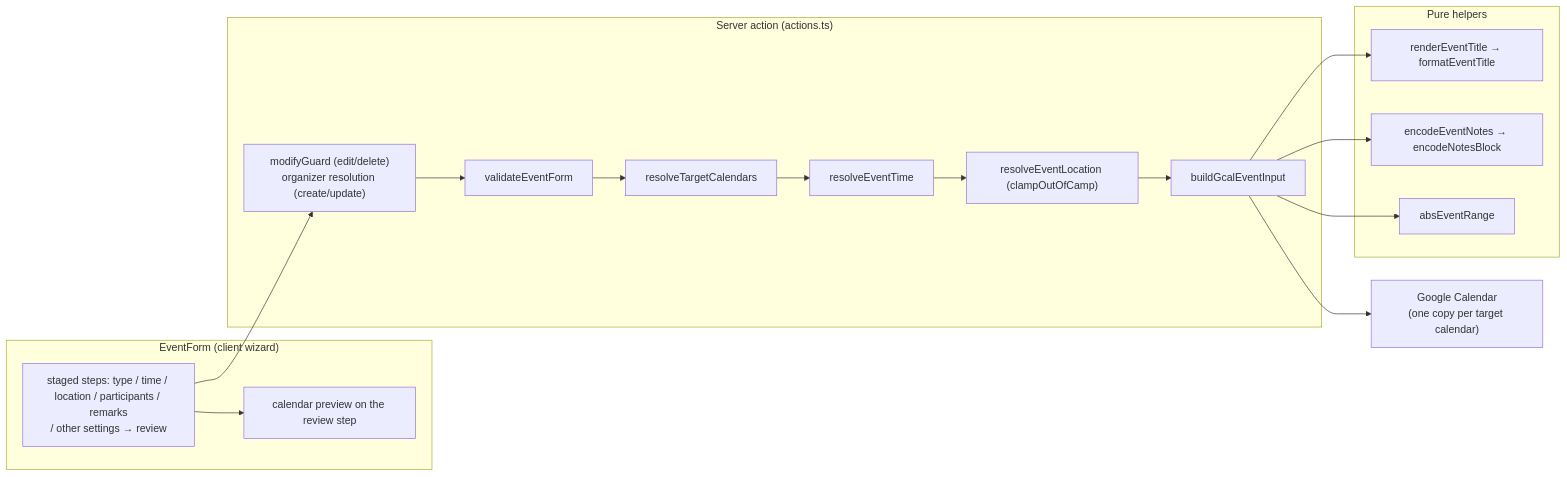
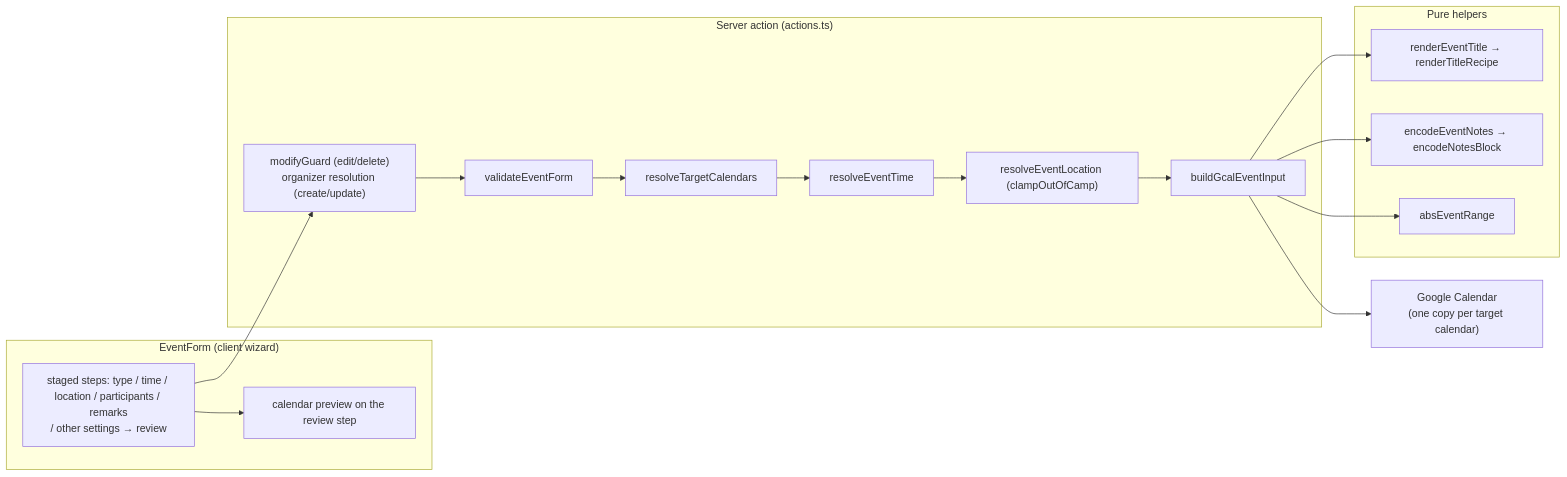
The first of 4 diagrams in docs/event-lifecycle.md (oncloudnintynineone-source/cloudy2), drawn with Mermaid before and after one commit. The commit also changed other lines of this file and 32 other files, not shown here.

````diff
--- a/docs/event-lifecycle.md
+++ b/docs/event-lifecycle.md
@@ -77,28 +77,28 @@
 ```mermaid
 flowchart LR
     subgraph FORM["EventForm (client wizard)"]
         W["staged steps: type / time / location / participants / remarks<br/>/ other settings → review"]
         P["calendar preview on the review step"]
     end
     subgraph GUARD["Server action (actions.ts)"]
         G["modifyGuard (edit/delete)<br/>organizer resolution (create/update)"]
         V["validateEventForm"]
         T["resolveTargetCalendars"]
         RT["resolveEventTime"]
         RL["resolveEventLocation (clampOutOfCamp)"]
         B["buildGcalEventInput"]
     end
     subgraph PURE["Pure helpers"]
-        TE["renderEventTitle → formatEventTitle"]
+        TE["renderEventTitle → renderTitleRecipe"]
         NB["encodeEventNotes → encodeNotesBlock"]
         AR["absEventRange"]
     end
     Gcal["Google Calendar<br/>(one copy per target calendar)"]
 
     W --> P
     W --> G --> V --> T --> RT --> RL --> B
     B --> TE
     B --> NB
     B --> AR
     B --> Gcal
 ```
````
